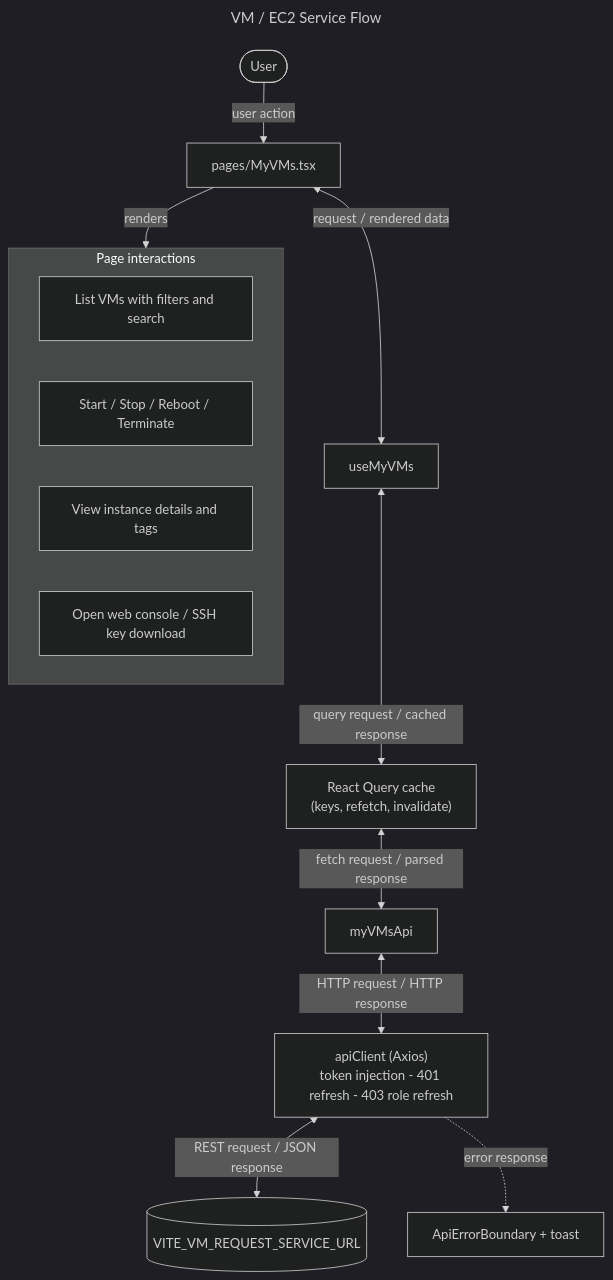
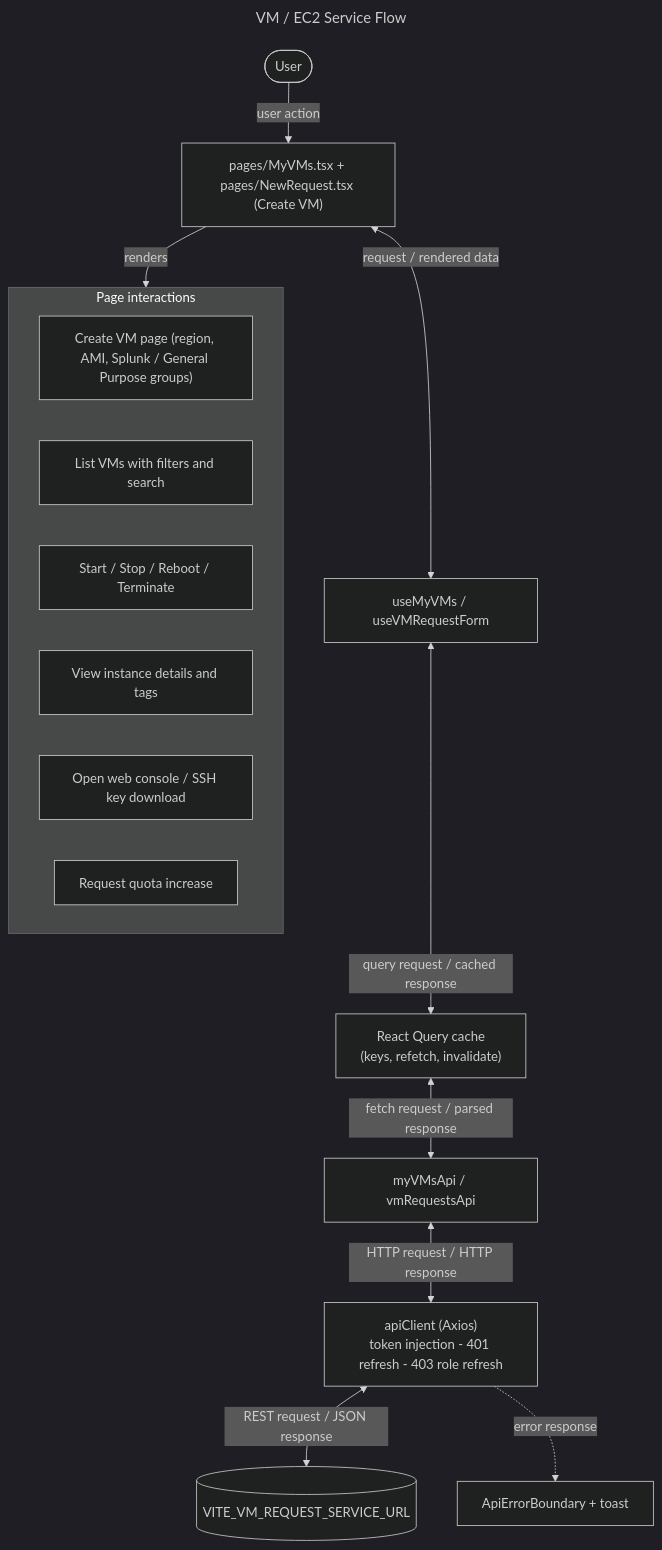
One commit to sayeeduddinofficial/user-table-view changed the diagram in docs/flowcharts/vm-ec2.mmd. Above: the diagram before and after it, drawn with Mermaid (dark theme). The commit also changed 4 other files, not shown here.

```diff
--- a/docs/flowcharts/vm-ec2.mmd
+++ b/docs/flowcharts/vm-ec2.mmd
@@ -1,18 +1,20 @@
 ---
 title: VM / EC2 Service Flow
 ---
 flowchart TD
-  U([User]) -->|"user action"| P["pages/MyVMs.tsx"]
-  P <-->|"request / rendered data"| H["useMyVMs"]
+  U([User]) -->|"user action"| P["pages/MyVMs.tsx + pages/NewRequest.tsx (Create VM)"]
+  P <-->|"request / rendered data"| H["useMyVMs / useVMRequestForm"]
   H <-->|"query request / cached response"| Q["React Query cache<br/>(keys, refetch, invalidate)"]
-  Q <-->|"fetch request / parsed response"| A["myVMsApi"]
+  Q <-->|"fetch request / parsed response"| A["myVMsApi / vmRequestsApi"]
   A <-->|"HTTP request / HTTP response"| C["apiClient (Axios)<br/>token injection - 401 refresh - 403 role refresh"]
   C <-->|"REST request / JSON response"| S[("VITE_VM_REQUEST_SERVICE_URL")]
   P -->|"renders"| UI
   subgraph UI[Page interactions]
-    S0["List VMs with filters and search"]
-    S1["Start / Stop / Reboot / Terminate"]
-    S2["View instance details and tags"]
-    S3["Open web console / SSH key download"]
+    S0["Create VM page (region, AMI, Splunk / General Purpose groups)"]
+    S1["List VMs with filters and search"]
+    S2["Start / Stop / Reboot / Terminate"]
+    S3["View instance details and tags"]
+    S4["Open web console / SSH key download"]
+    S5["Request quota increase"]
   end
   C -. "error response" .-> E["ApiErrorBoundary + toast"]
```
